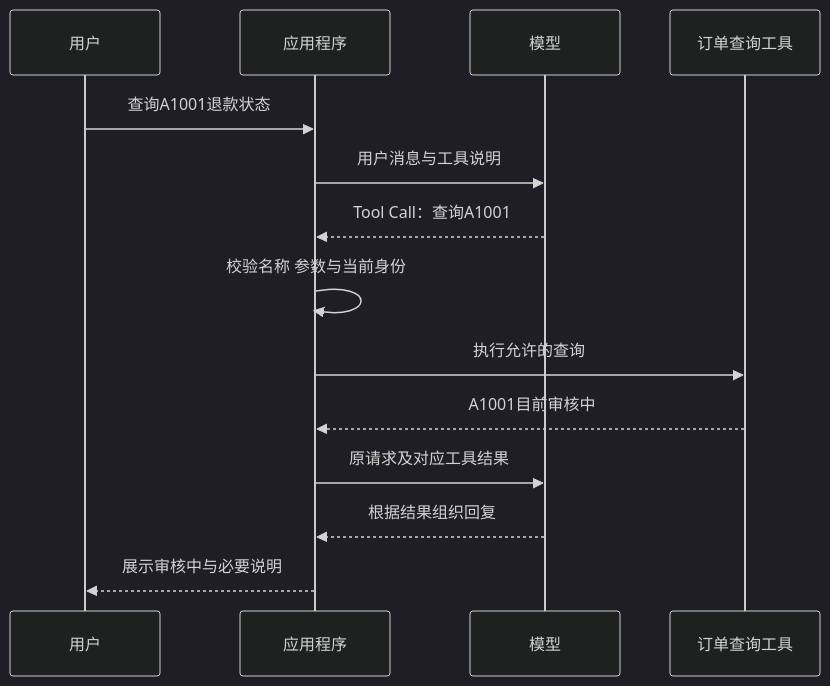
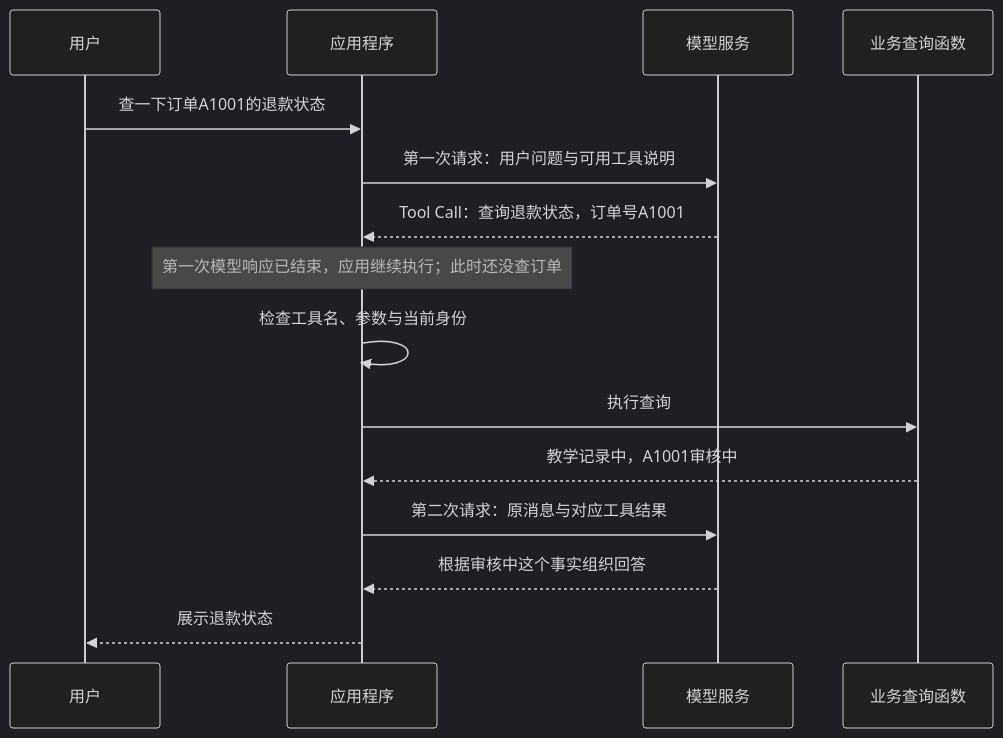
Before and after one commit to benx92/ai-learning-notes: the first of 4 diagrams in 15-FunctionCalling和ToolCall让模型从回答走向行动.md, drawn with Mermaid (dark theme). The commit also changed other lines of this file and 76 other files, not shown here.

````diff
--- a/15-FunctionCalling和ToolCall让模型从回答走向行动.md
+++ b/15-FunctionCalling和ToolCall让模型从回答走向行动.md
@@ -34,16 +100,17 @@
 ```mermaid
 sequenceDiagram
     participant U as 用户
     participant A as 应用程序
-    participant M as 模型
-    participant T as 订单查询工具
-    U->>A: 查询A1001退款状态
-    A->>M: 用户消息与工具说明
-    M-->>A: Tool Call：查询A1001
-    A->>A: 校验名称 参数与当前身份
-    A->>T: 执行允许的查询
-    T-->>A: A1001目前审核中
-    A->>M: 原请求及对应工具结果
-    M-->>A: 根据结果组织回复
-    A-->>U: 展示审核中与必要说明
+    participant M as 模型服务
+    participant T as 业务查询函数
+    U->>A: 查一下订单A1001的退款状态
+    A->>M: 第一次请求：用户问题与可用工具说明
+    M-->>A: Tool Call：查询退款状态，订单号A1001
+    Note over A: 第一次模型响应已结束，应用继续执行；此时还没查订单
+    A->>A: 检查工具名、参数与当前身份
+    A->>T: 执行查询
+    T-->>A: 教学记录中，A1001审核中
+    A->>M: 第二次请求：原消息与对应工具结果
+    M-->>A: 根据审核中这个事实组织回答
+    A-->>U: 展示退款状态
 ```
````
